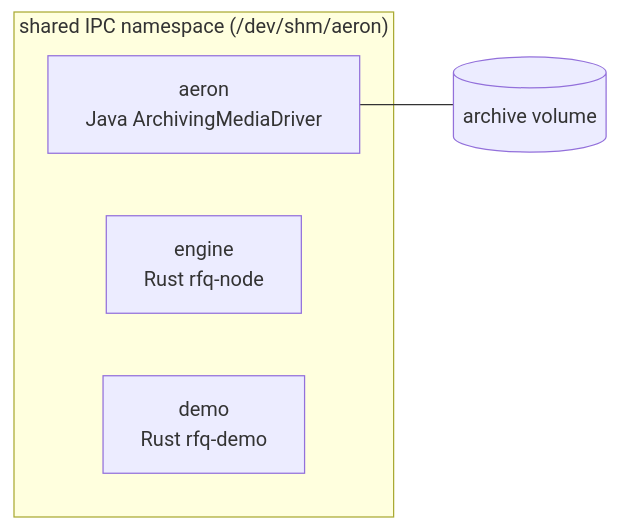
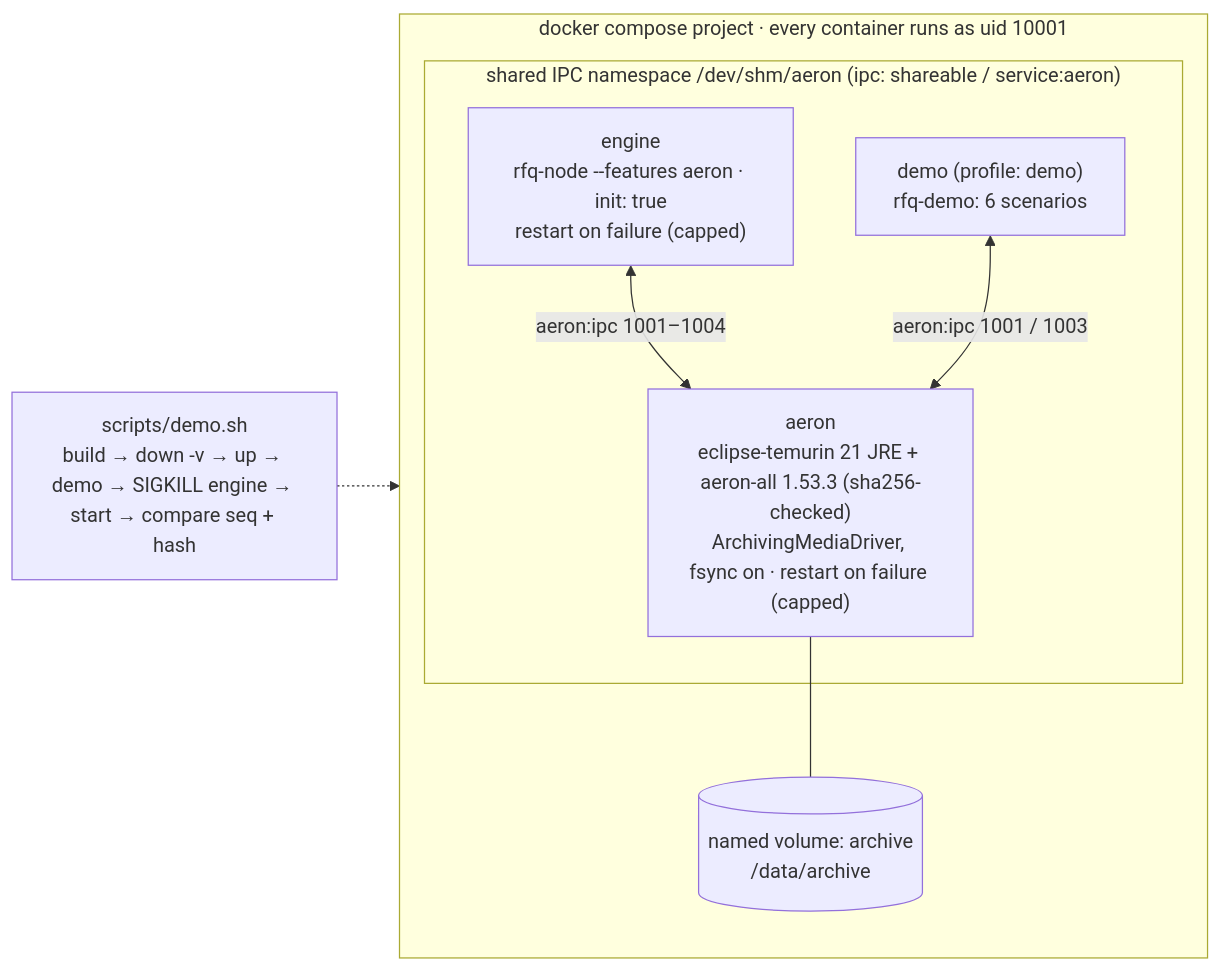
Before and after one commit to hmdsefi/rfq: the fifth of 7 diagrams in docs/architecture/overview.md, drawn with Mermaid. The commit also changed other lines of this file and 2 other files, not shown here.

First line of the commit message:
docs: restart retries are capped at 3

````diff
--- a/docs/architecture/overview.md
+++ b/docs/architecture/overview.md
@@ -125,9 +177,15 @@
 ```mermaid
 flowchart LR
-  subgraph shm["shared IPC namespace (/dev/shm/aeron)"]
-    AE[aeron<br/>Java ArchivingMediaDriver]
-    EN[engine<br/>Rust rfq-node]
-    DE[demo<br/>Rust rfq-demo]
+  subgraph PROJ["docker compose project · every container runs as uid 10001"]
+    subgraph SHM["shared IPC namespace /dev/shm/aeron (ipc: shareable / service:aeron)"]
+      AE["aeron<br/>eclipse-temurin 21 JRE + aeron-all 1.53.3 (sha256-checked)<br/>ArchivingMediaDriver, fsync on · restart on failure (capped)"]
+      EN["engine<br/>rfq-node --features aeron · init: true<br/>restart on failure (capped)"]
+      DE["demo (profile: demo)<br/>rfq-demo: 6 scenarios"]
+    end
+    VOL[("named volume: archive<br/>/data/archive")]
   end
-  AE --- VOL[(archive volume)]
+  AE --- VOL
+  EN <-->|"aeron:ipc 1001–1004"| AE
+  DE <-->|"aeron:ipc 1001 / 1003"| AE
+  SCRIPT["scripts/demo.sh<br/>build → down -v → up → demo → SIGKILL engine → start → compare seq + hash"] -.-> PROJ
 ```
````
